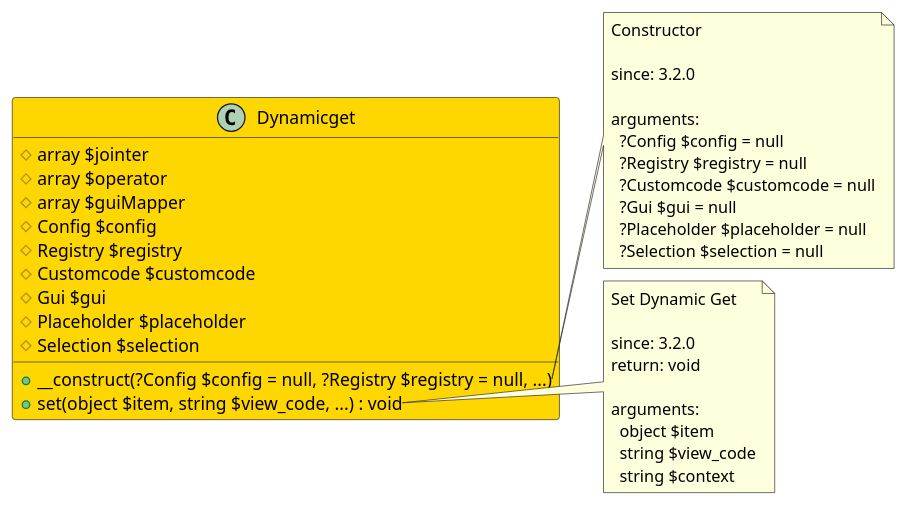
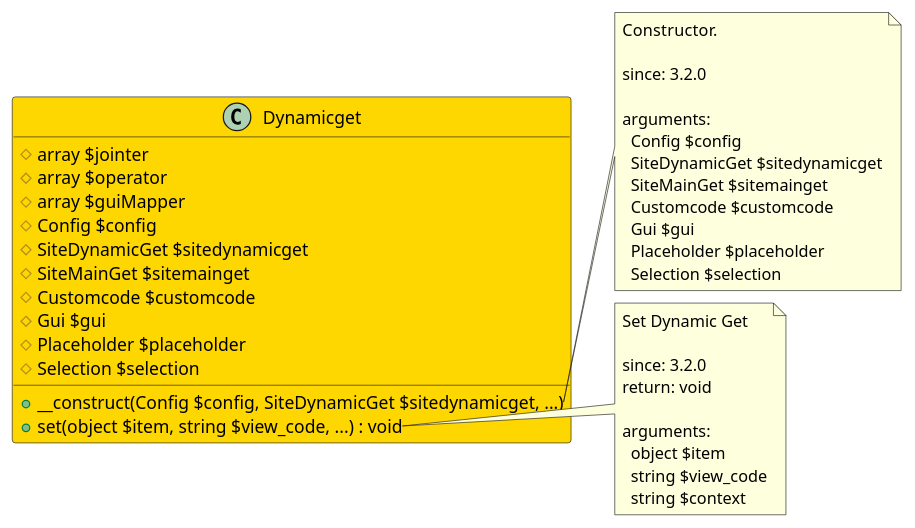
Before and after one commit to joomengine/jcb-compiler: the diagram in src/79740ee8-4d10-4b51-9ff5-18e1386ec1c6/README.md, drawn with PlantUML. The commit also changed 725 other files, not shown here.

````diff
--- a/src/79740ee8-4d10-4b51-9ff5-18e1386ec1c6/README.md
+++ b/src/79740ee8-4d10-4b51-9ff5-18e1386ec1c6/README.md
@@ -11,44 +11,46 @@
 ```uml
 @startuml
 class Dynamicget  #Gold {
   # array $jointer
   # array $operator
   # array $guiMapper
   # Config $config
-  # Registry $registry
+  # SiteDynamicGet $sitedynamicget
+  # SiteMainGet $sitemainget
   # Customcode $customcode
   # Gui $gui
   # Placeholder $placeholder
   # Selection $selection
-  + __construct(?Config $config = null, ?Registry $registry = null, ...)
+  + __construct(Config $config, SiteDynamicGet $sitedynamicget, ...)
   + set(object $item, string $view_code, ...) : void
 }
 
 note right of Dynamicget::__construct
-  Constructor
+  Constructor.
 
   since: 3.2.0
   
   arguments:
-    ?Config $config = null
-    ?Registry $registry = null
-    ?Customcode $customcode = null
-    ?Gui $gui = null
-    ?Placeholder $placeholder = null
-    ?Selection $selection = null
+    Config $config
+    SiteDynamicGet $sitedynamicget
+    SiteMainGet $sitemainget
+    Customcode $customcode
+    Gui $gui
+    Placeholder $placeholder
+    Selection $selection
 end note
 
 note right of Dynamicget::set
   Set Dynamic Get
 
   since: 3.2.0
   return: void
   
   arguments:
     object $item
     string $view_code
     string $context
 end note
  
 @enduml
 ```
````
